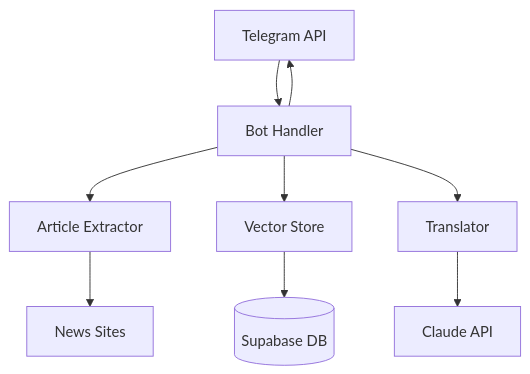
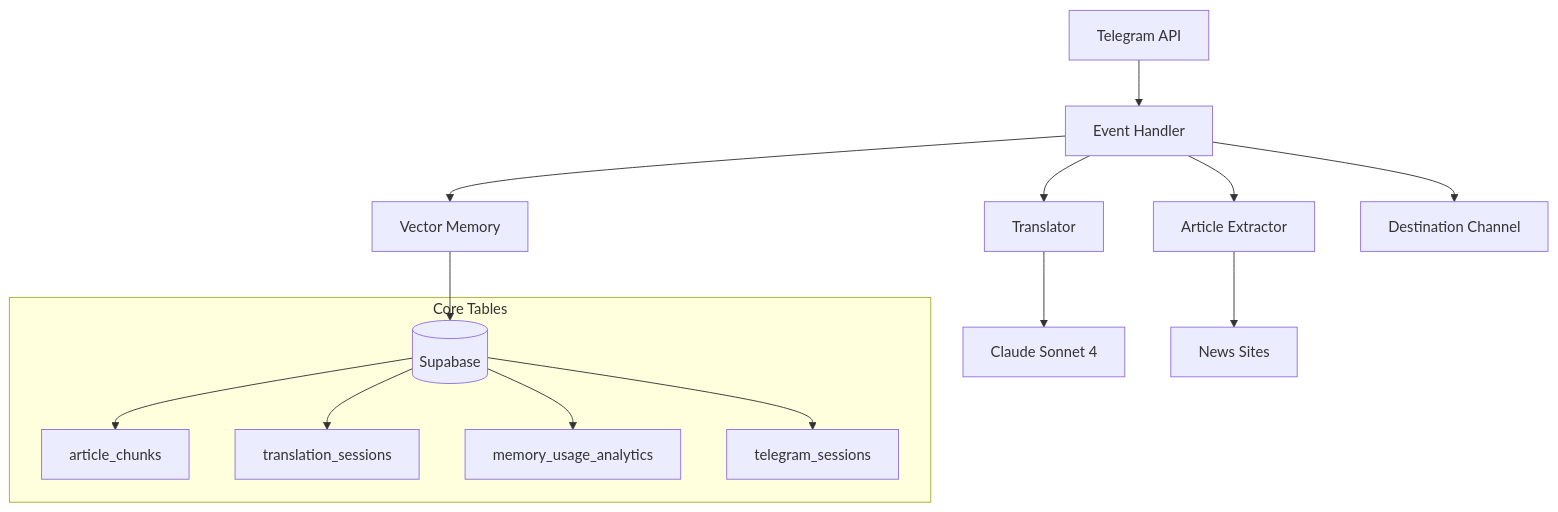
The first of 2 diagrams in docs/SYSTEM-DESIGN.md (segalmax/telegram_zoomer), drawn with Mermaid before and after one commit. The commit also changed other lines of this file and 7 other files, not shown here.

First line of the commit message:
🧠 Implement Claude Sonnet 4 Extended Thinking for Maximum Translation Quality

````diff
--- a/docs/SYSTEM-DESIGN.md
+++ b/docs/SYSTEM-DESIGN.md
@@ -14,13 +14,20 @@
 ```mermaid
 graph TB
-    TG[Telegram API] --> BOT[Bot Handler]
+    TG[Telegram API] --> BOT[Event Handler]
     BOT --> EXTRACT[Article Extractor]
-    BOT --> VEC[Vector Store]
+    BOT --> MEMORY[Vector Memory]
     BOT --> TRANS[Translator]
     
-    TRANS --> CLAUDE[Claude API]
-    VEC --> DB[(Supabase DB)]
+    TRANS --> CLAUDE[Claude Sonnet 4]
+    MEMORY --> DB[(Supabase)]
     EXTRACT --> NEWS[News Sites]
     
-    BOT --> TG
+    BOT --> DST[Destination Channel]
+    
+    subgraph "Core Tables"
+        DB --> T1[article_chunks]
+        DB --> T2[translation_sessions] 
+        DB --> T3[memory_usage_analytics]
+        DB --> T4[telegram_sessions]
+    end
 ```
````
